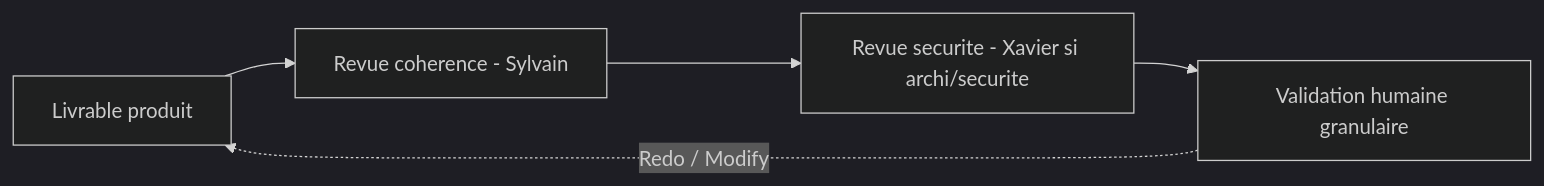
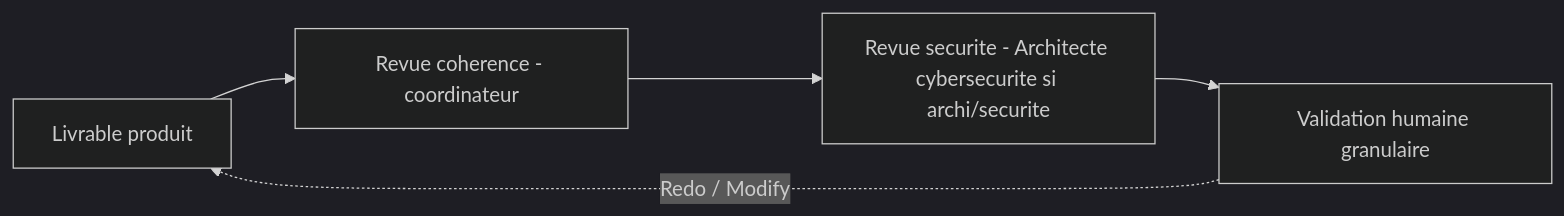
One commit to Gsyltc/homelab-portfolio changed the diagram in core/common/protocols/reviewer.md. Above: the diagram before and after it, drawn with Mermaid (dark theme). The commit also changed other lines of this file and 25 other files, not shown here.

````diff
--- a/core/common/protocols/reviewer.md
+++ b/core/common/protocols/reviewer.md
@@ -25,7 +25,7 @@
 ```mermaid
 flowchart LR
-    L[Livrable produit] --> RC[Revue coherence - Sylvain]
-    RC --> RS[Revue securite - Xavier si archi/securite]
+    L[Livrable produit] --> RC[Revue coherence - coordinateur]
+    RC --> RS[Revue securite - Architecte cybersecurite si archi/securite]
     RS --> VH[Validation humaine granulaire]
     VH -.->|Redo / Modify| L
 ```
````
